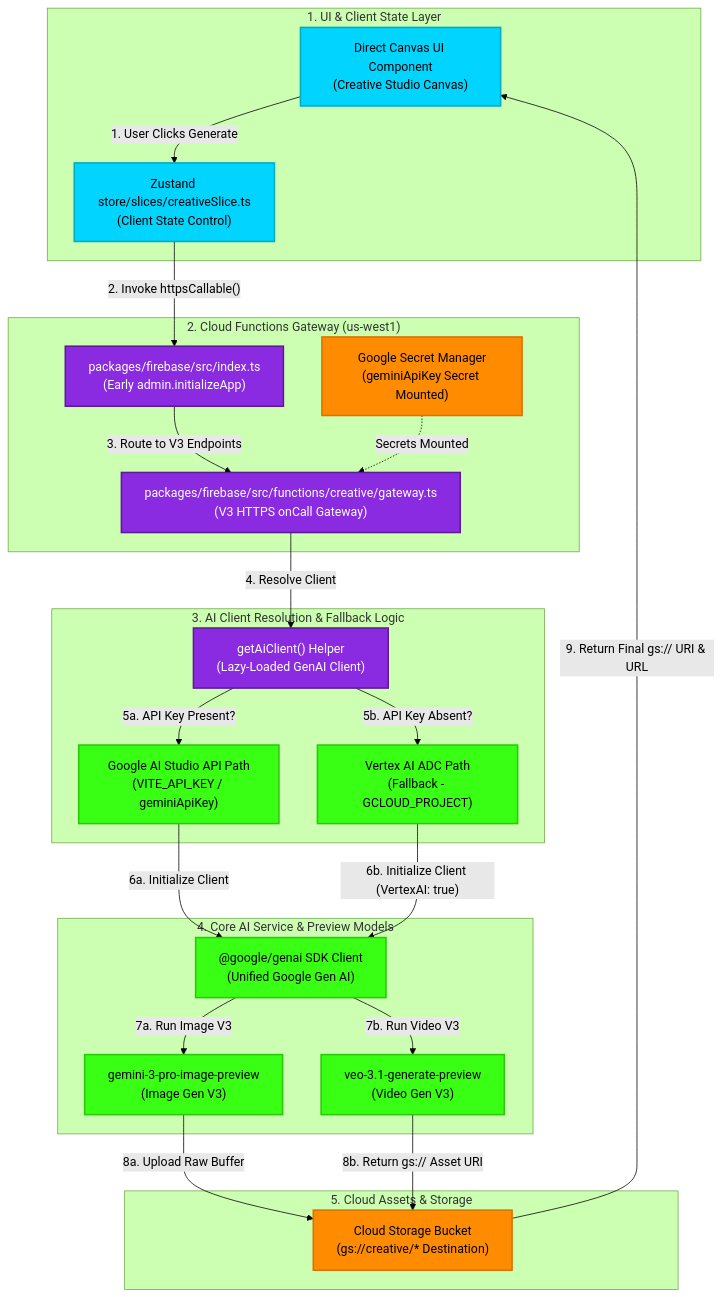
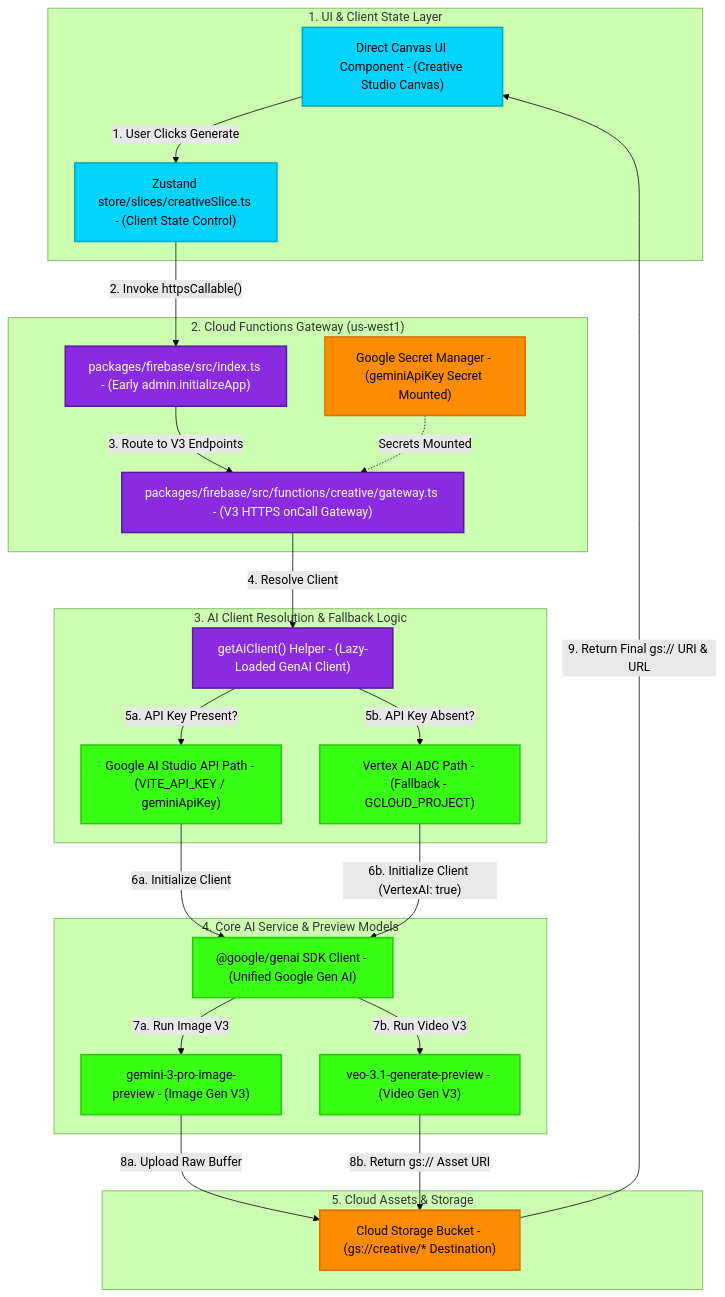
The diagram in docs/flowcharts/live-media-generation-v3.md (indii-music-founder/indii-music-founder), drawn with Mermaid (forest theme) before and after one commit.

Commit message:
docs: fix mermaid HTML tags for CI validation

````diff
--- a/docs/flowcharts/live-media-generation-v3.md
+++ b/docs/flowcharts/live-media-generation-v3.md
@@ -7,62 +7,62 @@
 ```mermaid
 graph TD
     %% Define Nodes
     subgraph UI ["1. UI & Client State Layer"]
-        CanvasUI["Direct Canvas UI Component<br>(Creative Studio Canvas)"]
-        ZustandStore["Zustand store/slices/creativeSlice.ts<br>(Client State Control)"]
+        CanvasUI["Direct Canvas UI Component - (Creative Studio Canvas)"]
+        ZustandStore["Zustand store/slices/creativeSlice.ts - (Client State Control)"]
     end
 
     subgraph Gateway ["2. Cloud Functions Gateway (us-west1)"]
-        FunctionsIndex["packages/firebase/src/index.ts<br>(Early admin.initializeApp)"]
-        GatewayModule["packages/firebase/src/functions/creative/gateway.ts<br>(V3 HTTPS onCall Gateway)"]
-        SecretManager["Google Secret Manager<br>(geminiApiKey Secret Mounted)"]
+        FunctionsIndex["packages/firebase/src/index.ts - (Early admin.initializeApp)"]
+        GatewayModule["packages/firebase/src/functions/creative/gateway.ts - (V3 HTTPS onCall Gateway)"]
+        SecretManager["Google Secret Manager - (geminiApiKey Secret Mounted)"]
     end
 
     subgraph Routing ["3. AI Client Resolution & Fallback Logic"]
-        GetAiClient["getAiClient() Helper<br>(Lazy-Loaded GenAI Client)"]
-        ApiKeyPath["Google AI Studio API Path<br>(VITE_API_KEY / geminiApiKey)"]
-        VertexPath["Vertex AI ADC Path<br>(Fallback - GCLOUD_PROJECT)"]
+        GetAiClient["getAiClient() Helper - (Lazy-Loaded GenAI Client)"]
+        ApiKeyPath["Google AI Studio API Path - (VITE_API_KEY / geminiApiKey)"]
+        VertexPath["Vertex AI ADC Path - (Fallback - GCLOUD_PROJECT)"]
     end
 
     subgraph API ["4. Core AI Service & Preview Models"]
-        GenAISDK["@google/genai SDK Client<br>(Unified Google Gen AI)"]
-        GeminiProImage["gemini-3-pro-image-preview<br>(Image Gen V3)"]
-        VeoGenerate["veo-3.1-generate-preview<br>(Video Gen V3)"]
+        GenAISDK["@google/genai SDK Client - (Unified Google Gen AI)"]
+        GeminiProImage["gemini-3-pro-image-preview - (Image Gen V3)"]
+        VeoGenerate["veo-3.1-generate-preview - (Video Gen V3)"]
     end
 
     subgraph Storage ["5. Cloud Assets & Storage"]
-        CloudStorage["Cloud Storage Bucket<br>(gs://creative/* Destination)"]
+        CloudStorage["Cloud Storage Bucket - (gs://creative/* Destination)"]
     end
 
     %% Flow Connections
     CanvasUI -->|"1. User Clicks Generate"| ZustandStore
     ZustandStore -->|"2. Invoke httpsCallable()"| FunctionsIndex
     FunctionsIndex -->|"3. Route to V3 Endpoints"| GatewayModule
     SecretManager -.->|"Secrets Mounted"| GatewayModule
     
     GatewayModule -->|"4. Resolve Client"| GetAiClient
     GetAiClient -->|"5a. API Key Present?"| ApiKeyPath
     GetAiClient -->|"5b. API Key Absent?"| VertexPath
     
     ApiKeyPath -->|"6a. Initialize Client"| GenAISDK
     VertexPath -->|"6b. Initialize Client (VertexAI: true)"| GenAISDK
     
     GenAISDK -->|"7a. Run Image V3"| GeminiProImage
     GenAISDK -->|"7b. Run Video V3"| VeoGenerate
     
     GeminiProImage -->|"8a. Upload Raw Buffer"| CloudStorage
     VeoGenerate -->|"8b. Return gs:// Asset URI"| CloudStorage
     
     CloudStorage -->|"9. Return Final gs:// URI & URL"| CanvasUI
 
     %% Styling
     classDef ui fill:#00D4FF,stroke:#00acc1,stroke-width:2px,color:#000
     classDef logic fill:#8A2BE2,stroke:#5c1a99,stroke-width:2px,color:#fff
     classDef storage fill:#FF8C00,stroke:#d87200,stroke-width:2px,color:#000
     classDef ai fill:#39FF14,stroke:#2bc70c,stroke-width:2px,color:#000
 
     class CanvasUI,ZustandStore ui;
     class FunctionsIndex,GatewayModule,GetAiClient logic;
     class CloudStorage,SecretManager storage;
     class GenAISDK,GeminiProImage,VeoGenerate,ApiKeyPath,VertexPath ai;
 ```
````
